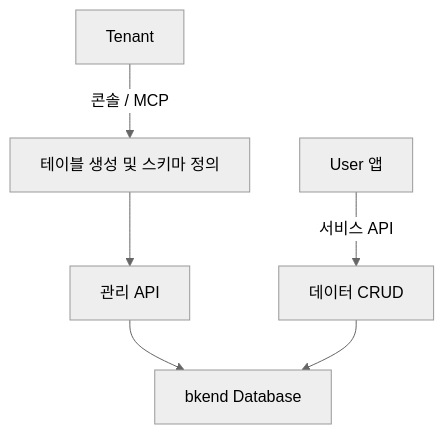
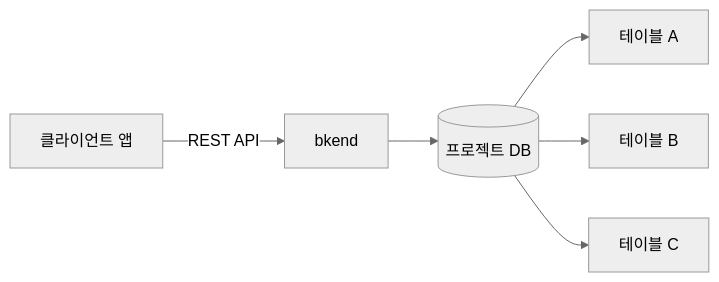
One commit to popup-studio-ai/bkend-docs changed the diagram in ko/database/01-overview.md. Above: the diagram before and after it, drawn with Mermaid (neutral theme). The commit also changed other lines of this file and 186 other files, not shown here.

````diff
--- a/ko/database/01-overview.md
+++ b/ko/database/01-overview.md
@@ -9,8 +11,8 @@
 ```mermaid
-flowchart TD
-    A[Tenant] -->|콘솔 / MCP| B[테이블 생성 및 스키마 정의]
-    B --> C[관리 API]
-    D[User 앱] -->|서비스 API| E[데이터 CRUD]
-    C --> F[bkend Database]
-    E --> F
+flowchart LR
+    A[클라이언트 앱] -->|REST API| B[bkend]
+    B --> C[(프로젝트 DB)]
+    C --> D[테이블 A]
+    C --> E[테이블 B]
+    C --> F[테이블 C]
 ```
````
